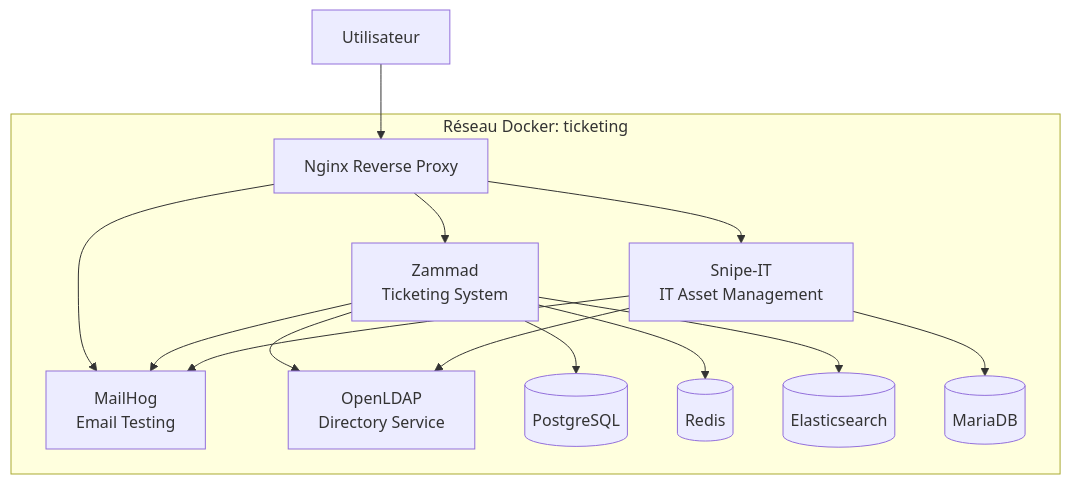
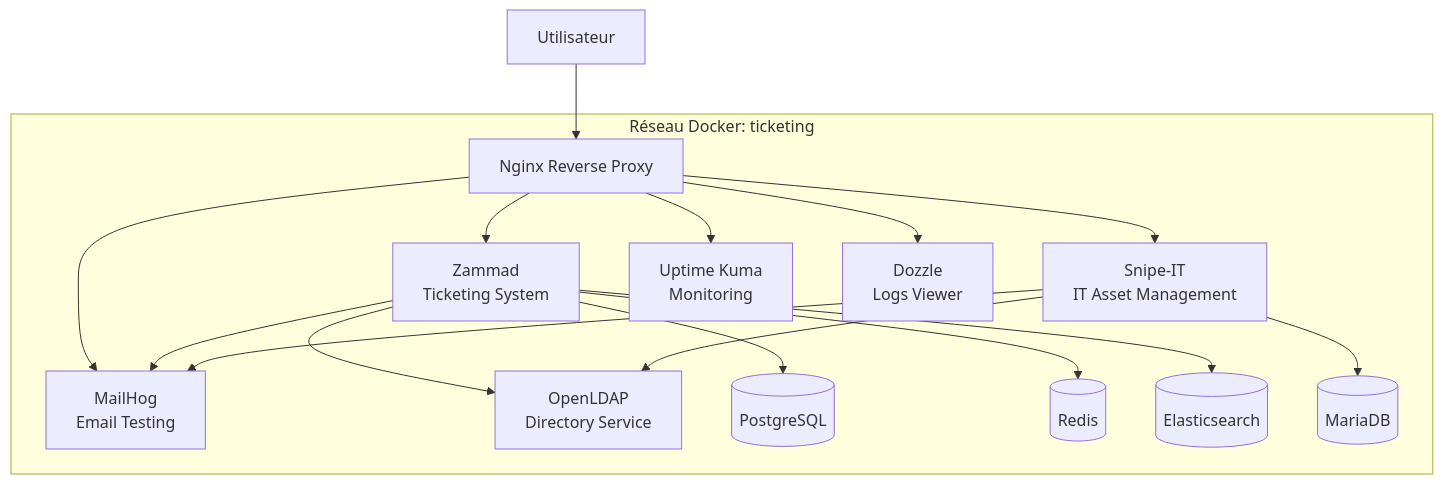
One commit to AnythingLegalConsidered/Ticketing changed the second of 2 diagrams in README.md. Above: the diagram before and after it, drawn with Mermaid. The commit also changed other lines of this file and 37 other files, not shown here.

````diff
--- a/README.md
+++ b/README.md
@@ -21,30 +239,34 @@
 ```mermaid
 graph TB
     User[Utilisateur] --> Nginx[Nginx Reverse Proxy]
     
     Nginx --> Zammad[Zammad<br/>Ticketing System]
     Nginx --> SnipeIT[Snipe-IT<br/>IT Asset Management]
+    Nginx --> Kuma[Uptime Kuma<br/>Monitoring]
+    Nginx --> Dozzle[Dozzle<br/>Logs Viewer]
     Nginx --> MailHog[MailHog<br/>Email Testing]
     
     Zammad --> OpenLDAP[OpenLDAP<br/>Directory Service]
     Zammad --> MailHog
     Zammad --> Postgres[(PostgreSQL)]
     Zammad --> Redis[(Redis)]
     Zammad --> ES[(Elasticsearch)]
     
     SnipeIT --> OpenLDAP
     SnipeIT --> MailHog
     SnipeIT --> MariaDB[(MariaDB)]
     
     subgraph "Réseau Docker: ticketing"
         Nginx
         Zammad
         SnipeIT
+        Kuma
+        Dozzle
         MailHog
         OpenLDAP
         Postgres
         MariaDB
         Redis
         ES
     end
 ```
````
